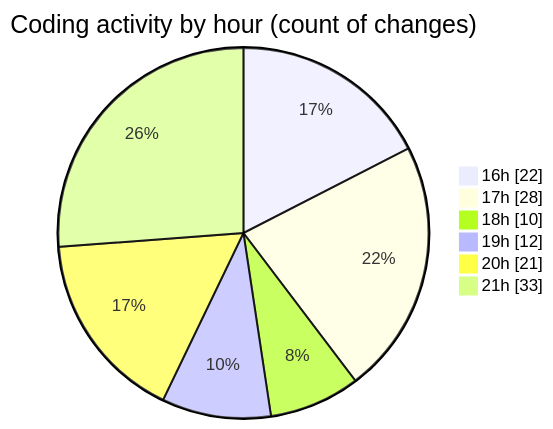
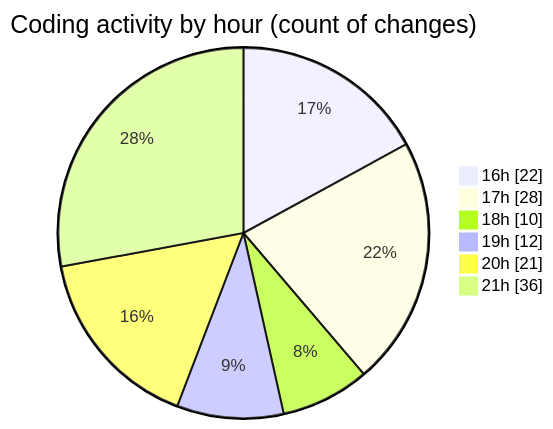
One commit to becaeroporto-bot/code-tracking changed the second of 2 diagrams in 2026-02-17/bot_v1_2/README.md. Above: the diagram before and after it, drawn with Mermaid. The commit also changed other lines of this file and 1 other file, not shown here.

````diff
--- a/2026-02-17/bot_v1_2/README.md
+++ b/2026-02-17/bot_v1_2/README.md
@@ -54,10 +54,10 @@
 ```mermaid
 pie showData
 title Coding activity by hour (count of changes)
 "16h" : 22
 "17h" : 28
 "18h" : 10
 "19h" : 12
 "20h" : 21
-"21h" : 33
+"21h" : 36
 ```
````
